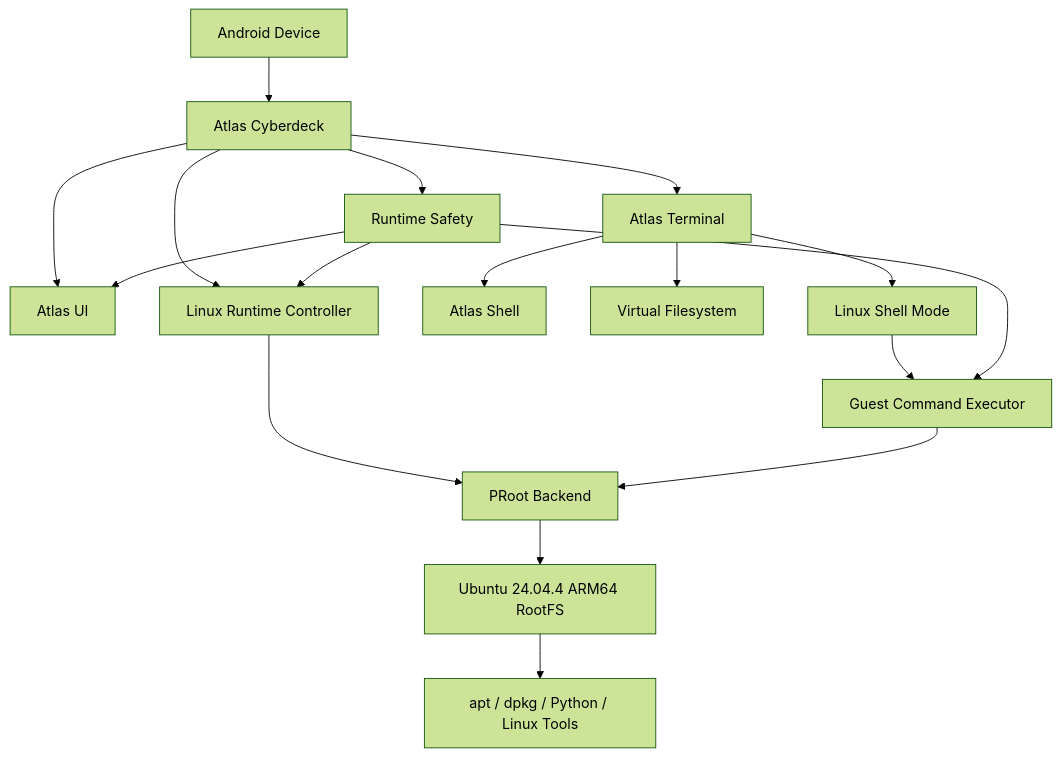
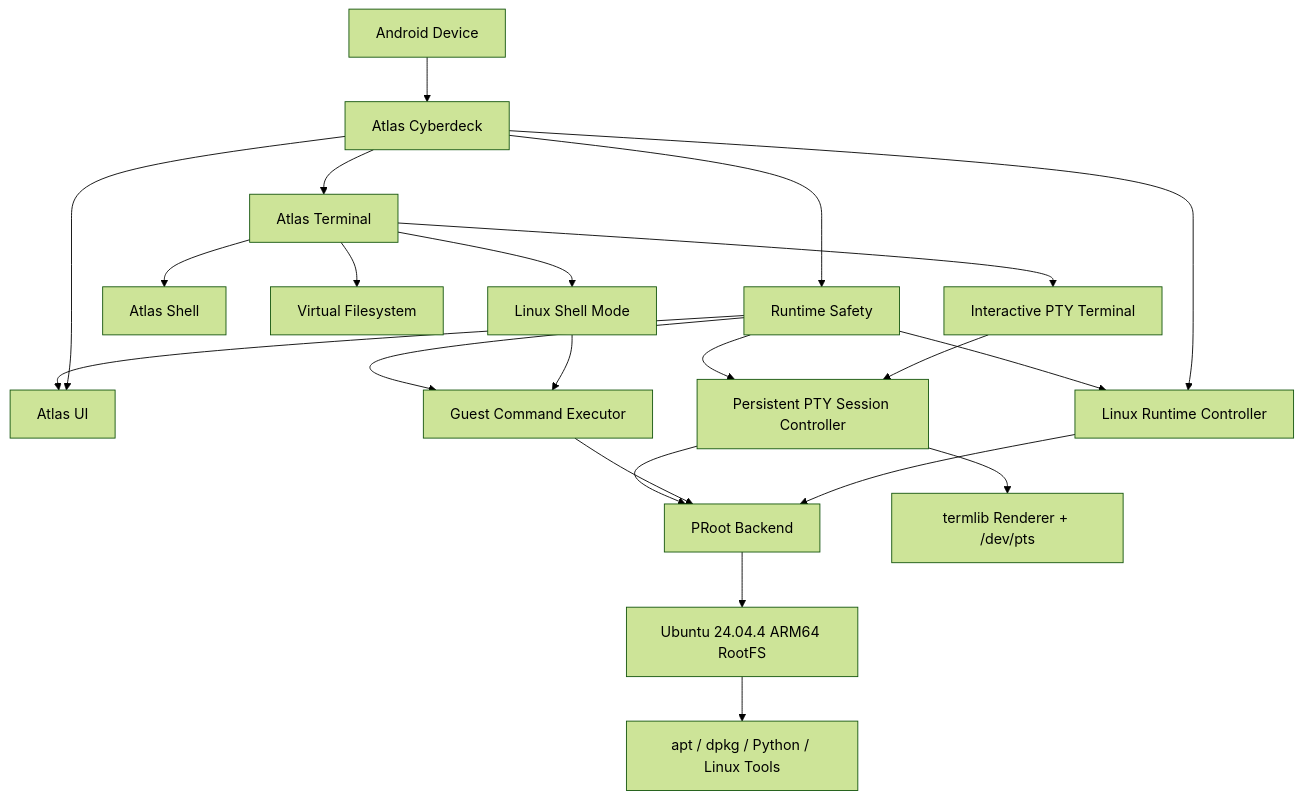
The second of 2 diagrams in docs/ROADMAP.md (noahrose82/Atlas-Cyberdeck), drawn with Mermaid (forest theme) before and after one commit. The commit also changed other lines of this file, not shown here.

Commit message:
docs: sync roadmap with PTY and product readiness

````diff
--- a/docs/ROADMAP.md
+++ b/docs/ROADMAP.md
@@ -731,25 +786,31 @@
 ```mermaid
 flowchart TD
     A["Android Device"] --> B["Atlas Cyberdeck"]
 
     B --> C["Atlas UI"]
     B --> D["Atlas Terminal"]
     B --> E["Linux Runtime Controller"]
     B --> F["Runtime Safety"]
 
     D --> G["Atlas Shell"]
     D --> H["Virtual Filesystem"]
     D --> I["Linux Shell Mode"]
+    D --> N["Interactive PTY Terminal"]
 
     E --> J["PRoot Backend"]
     I --> K["Guest Command Executor"]
     K --> J
 
+    N --> O["Persistent PTY Session Controller"]
+    O --> P["termlib Renderer + /dev/pts"]
+    O --> J
+
     J --> L["Ubuntu 24.04.4 ARM64 RootFS"]
 
     F --> E
     F --> K
+    F --> O
     F --> C
 
     L --> M["apt / dpkg / Python / Linux Tools"]
 ```
````
